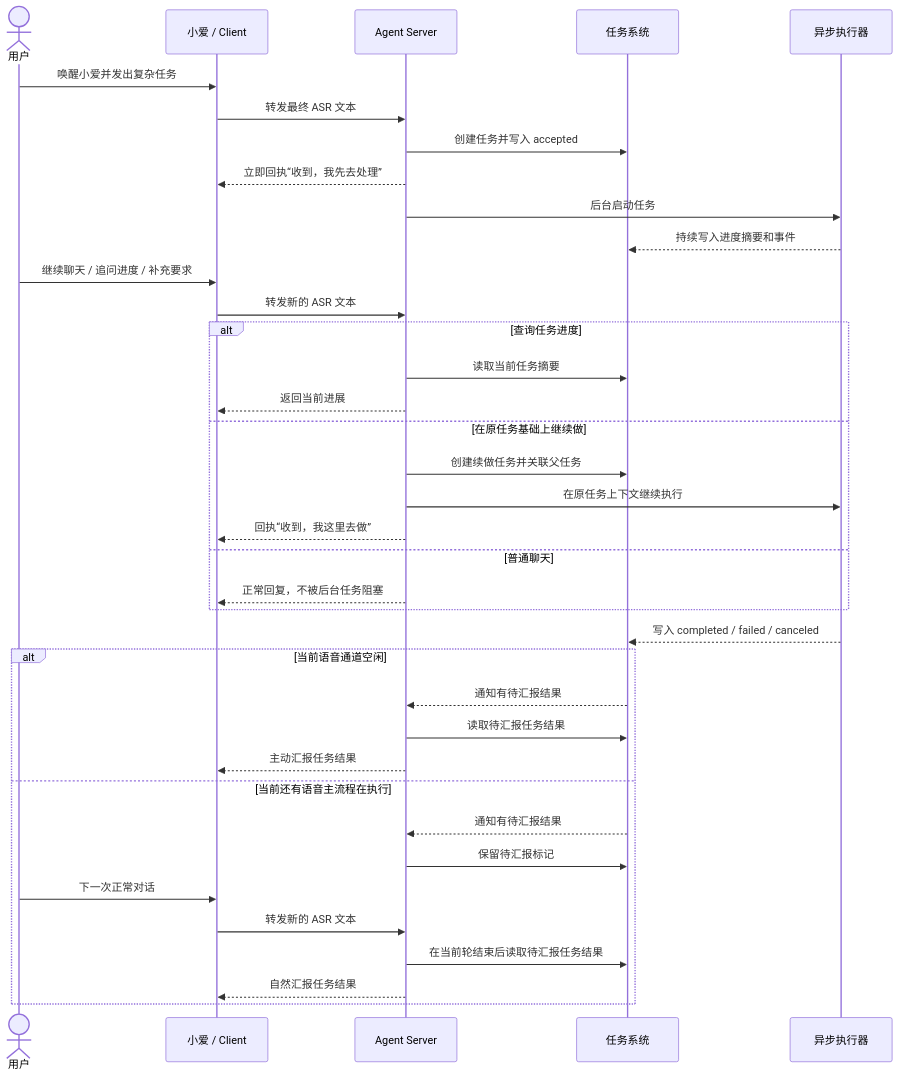
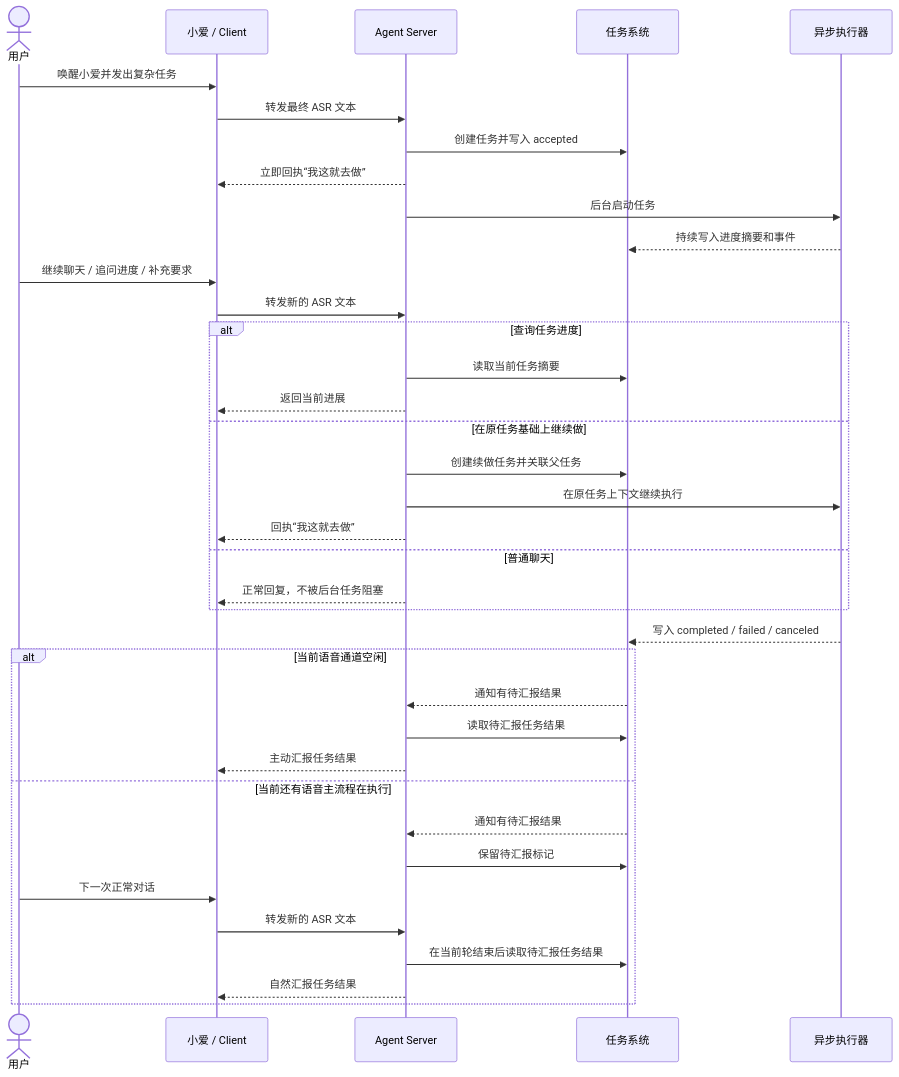
Before and after one commit to luoliwoshang/open-xiaoai-agent: the first of 2 diagrams in docs/async-tasks.md, drawn with Mermaid. The commit also changed 6 other files, not shown here.

````diff
--- a/docs/async-tasks.md
+++ b/docs/async-tasks.md
@@ -42,44 +42,44 @@
 ```mermaid
 sequenceDiagram
     actor User as 用户
     participant Device as 小爱 / Client
     participant Agent as Agent Server
     participant Tasks as 任务系统
     participant Runner as 异步执行器
 
     User->>Device: 唤醒小爱并发出复杂任务
     Device->>Agent: 转发最终 ASR 文本
     Agent->>Tasks: 创建任务并写入 accepted
-    Agent-->>Device: 立即回执“收到，我先去处理”
+    Agent-->>Device: 立即回执“我这就去做”
     Agent->>Runner: 后台启动任务
     Runner-->>Tasks: 持续写入进度摘要和事件
 
     User->>Device: 继续聊天 / 追问进度 / 补充要求
     Device->>Agent: 转发新的 ASR 文本
 
     alt 查询任务进度
         Agent->>Tasks: 读取当前任务摘要
         Agent-->>Device: 返回当前进展
     else 在原任务基础上继续做
         Agent->>Tasks: 创建续做任务并关联父任务
         Agent->>Runner: 在原任务上下文继续执行
-        Agent-->>Device: 回执“收到，我这里去做”
+        Agent-->>Device: 回执“我这就去做”
     else 普通聊天
         Agent-->>Device: 正常回复，不被后台任务阻塞
     end
 
     Runner-->>Tasks: 写入 completed / failed / canceled
 
     alt 当前语音通道空闲
         Tasks-->>Agent: 通知有待汇报结果
         Agent->>Tasks: 读取待汇报任务结果
         Agent-->>Device: 主动汇报任务结果
     else 当前还有语音主流程在执行
         Tasks-->>Agent: 通知有待汇报结果
         Agent->>Tasks: 保留待汇报标记
         User->>Device: 下一次正常对话
         Device->>Agent: 转发新的 ASR 文本
         Agent->>Tasks: 在当前轮结束后读取待汇报任务结果
         Agent-->>Device: 自然汇报任务结果
     end
 ```
````
